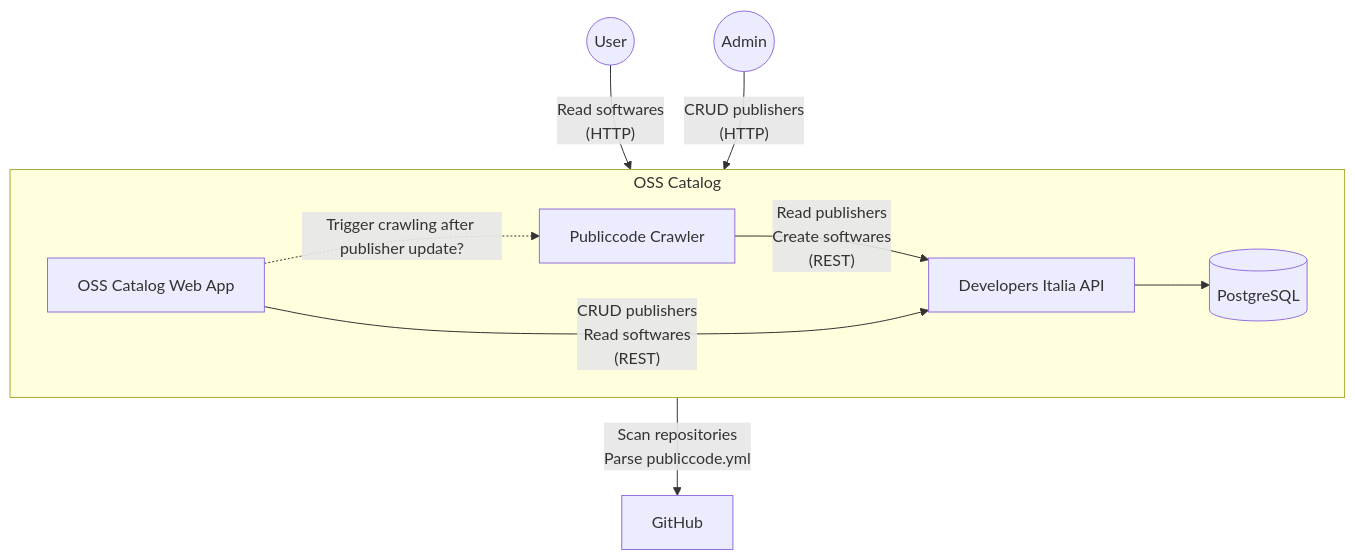
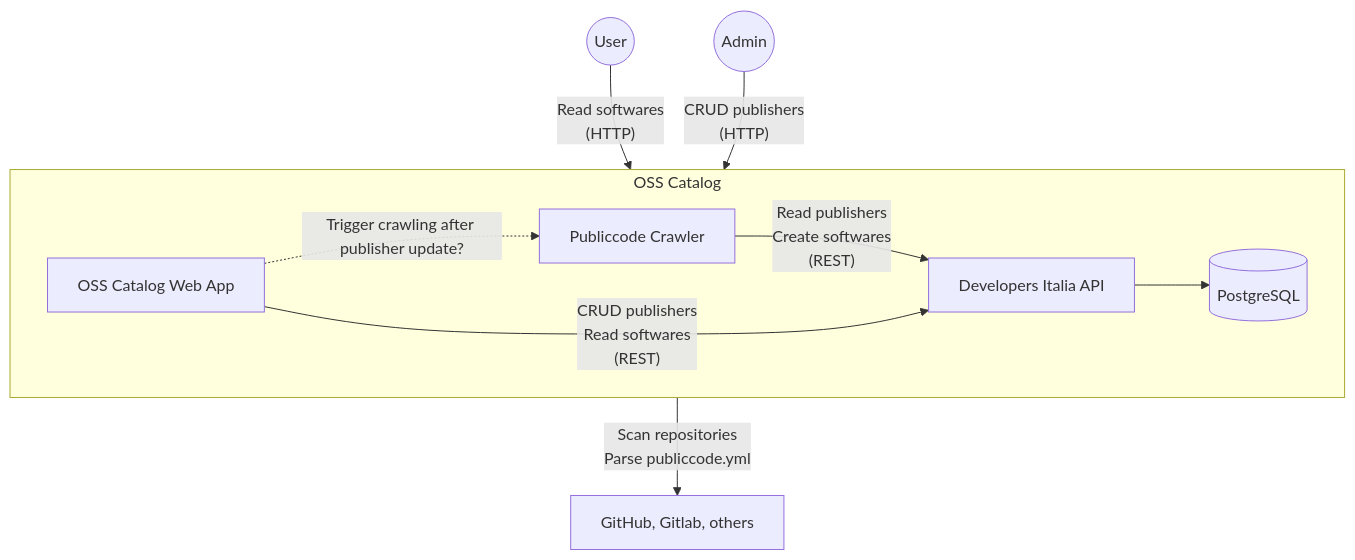
The diagram in README.md (swiss/oss-catalog), drawn with Mermaid before and after one commit.

Commit message:
Update README.md with gitlab and others
Crawler should be able to scan github, gitlab and others

````diff
--- a/README.md
+++ b/README.md
@@ -7,22 +7,22 @@
 ```mermaid
 flowchart TB
   subgraph OSS_CATALOG[OSS Catalog]
     direction LR
     db[(PostgreSQL)]
     api[Developers Italia API]
     crawler[Publiccode Crawler]
     web[OSS Catalog Web App]
 
     api --> db
     crawler -- "Read publishers<br>Create softwares<br>(REST)" --> api
     web -- "CRUD publishers<br>Read softwares<br>(REST)" --> api
     web -. "Trigger crawling after publisher update?" .-> crawler
   end
 
   user((User))
   admin((Admin))
-  github[GitHub]
+  github[GitHub, Gitlab, others]
   user -- "Read softwares<br>(HTTP)" --> web
   crawler -- "Scan repositories<br>Parse publiccode.yml" --> github
   admin -- "CRUD publishers<br>(HTTP)" --> web
 ```
````
